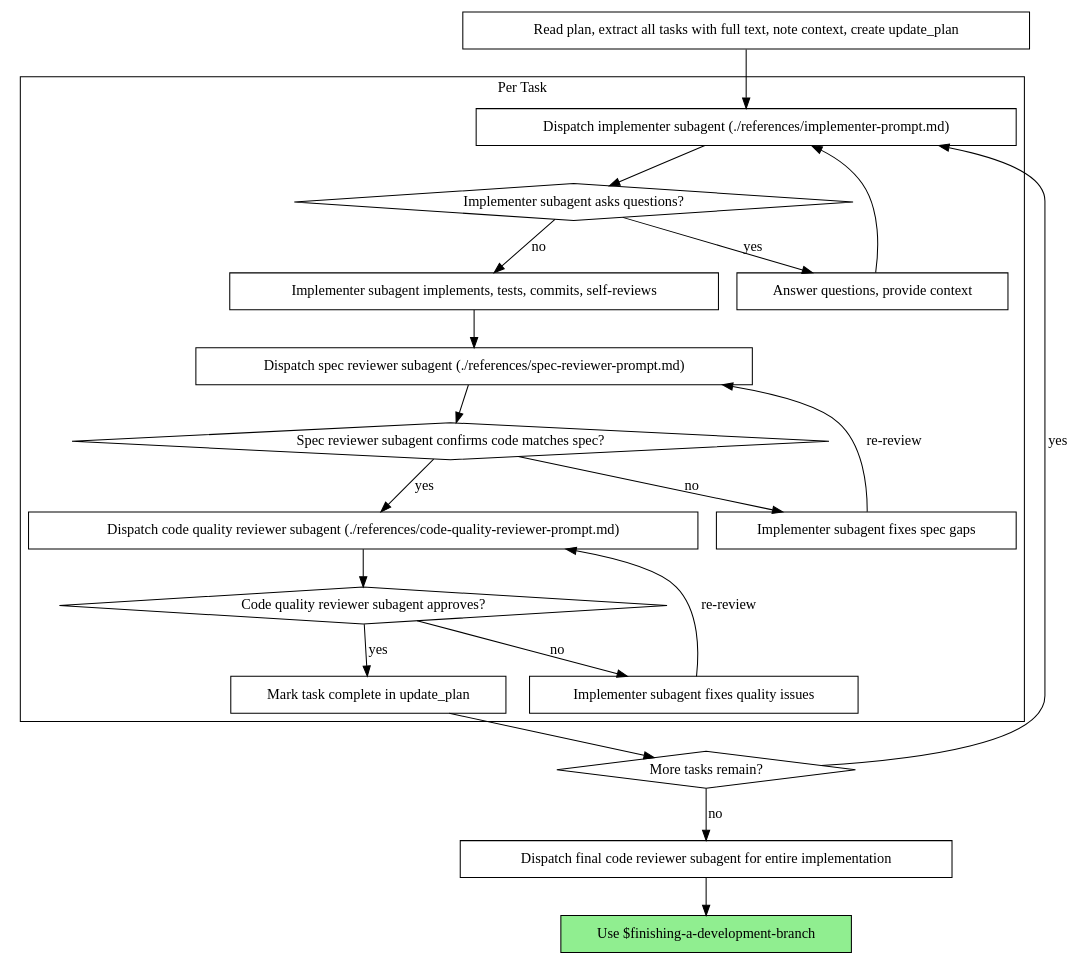
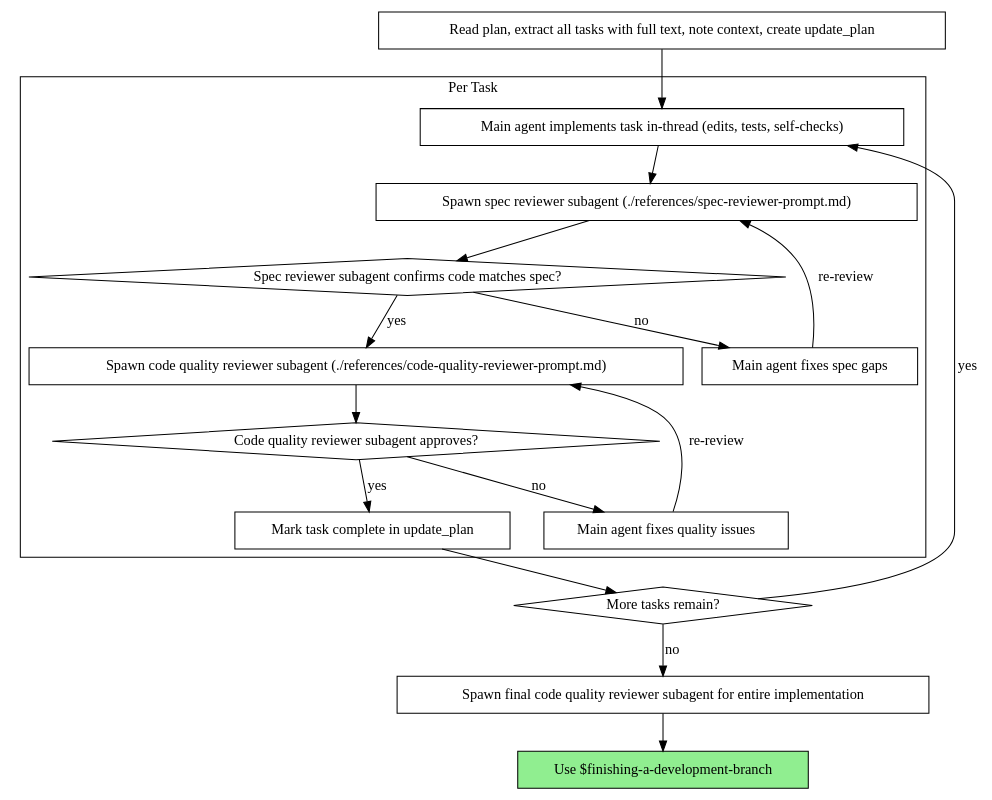
The second of 2 diagrams in skills/subagent-driven-development/SKILL.md (markelz0r/superpowers-codex), drawn with Graphviz before and after one commit. The commit also changed other lines of this file, not shown here.

Commit message:
Update SDD workflow to main-agent implementation

````diff
--- a/skills/subagent-driven-development/SKILL.md
+++ b/skills/subagent-driven-development/SKILL.md
@@ -42,44 +42,37 @@
 ```dot
 digraph process {
     rankdir=TB;
 
     subgraph cluster_per_task {
         label="Per Task";
-        "Dispatch implementer subagent (./references/implementer-prompt.md)" [shape=box];
-        "Implementer subagent asks questions?" [shape=diamond];
-        "Answer questions, provide context" [shape=box];
-        "Implementer subagent implements, tests, commits, self-reviews" [shape=box];
-        "Dispatch spec reviewer subagent (./references/spec-reviewer-prompt.md)" [shape=box];
+        "Main agent implements task in-thread (edits, tests, self-checks)" [shape=box];
+        "Spawn spec reviewer subagent (./references/spec-reviewer-prompt.md)" [shape=box];
         "Spec reviewer subagent confirms code matches spec?" [shape=diamond];
-        "Implementer subagent fixes spec gaps" [shape=box];
-        "Dispatch code quality reviewer subagent (./references/code-quality-reviewer-prompt.md)" [shape=box];
+        "Main agent fixes spec gaps" [shape=box];
+        "Spawn code quality reviewer subagent (./references/code-quality-reviewer-prompt.md)" [shape=box];
         "Code quality reviewer subagent approves?" [shape=diamond];
-        "Implementer subagent fixes quality issues" [shape=box];
+        "Main agent fixes quality issues" [shape=box];
         "Mark task complete in update_plan" [shape=box];
     }
 
     "Read plan, extract all tasks with full text, note context, create update_plan" [shape=box];
     "More tasks remain?" [shape=diamond];
-    "Dispatch final code reviewer subagent for entire implementation" [shape=box];
+    "Spawn final code quality reviewer subagent for entire implementation" [shape=box];
     "Use $finishing-a-development-branch" [shape=box style=filled fillcolor=lightgreen];
 
-    "Read plan, extract all tasks with full text, note context, create update_plan" -> "Dispatch implementer subagent (./references/implementer-prompt.md)";
-    "Dispatch implementer subagent (./references/implementer-prompt.md)" -> "Implementer subagent asks questions?";
-    "Implementer subagent asks questions?" -> "Answer questions, provide context" [label="yes"];
-    "Answer questions, provide context" -> "Dispatch implementer subagent (./references/implementer-prompt.md)";
-    "Implementer subagent asks questions?" -> "Implementer subagent implements, tests, commits, self-reviews" [label="no"];
-    "Implementer subagent implements, tests, commits, self-reviews" -> "Dispatch spec reviewer subagent (./references/spec-reviewer-prompt.md)";
-    "Dispatch spec reviewer subagent (./references/spec-reviewer-prompt.md)" -> "Spec reviewer subagent confirms code matches spec?";
-    "Spec reviewer subagent confirms code matches spec?" -> "Implementer subagent fixes spec gaps" [label="no"];
-    "Implementer subagent fixes spec gaps" -> "Dispatch spec reviewer subagent (./references/spec-reviewer-prompt.md)" [label="re-review"];
-    "Spec reviewer subagent confirms code matches spec?" -> "Dispatch code quality reviewer subagent (./references/code-quality-reviewer-prompt.md)" [label="yes"];
-    "Dispatch code quality reviewer subagent (./references/code-quality-reviewer-prompt.md)" -> "Code quality reviewer subagent approves?";
-    "Code quality reviewer subagent approves?" -> "Implementer subagent fixes quality issues" [label="no"];
-    "Implementer subagent fixes quality issues" -> "Dispatch code quality reviewer subagent (./references/code-quality-reviewer-prompt.md)" [label="re-review"];
+    "Read plan, extract all tasks with full text, note context, create update_plan" -> "Main agent implements task in-thread (edits, tests, self-checks)";
+    "Main agent implements task in-thread (edits, tests, self-checks)" -> "Spawn spec reviewer subagent (./references/spec-reviewer-prompt.md)";
+    "Spawn spec reviewer subagent (./references/spec-reviewer-prompt.md)" -> "Spec reviewer subagent confirms code matches spec?";
+    "Spec reviewer subagent confirms code matches spec?" -> "Main agent fixes spec gaps" [label="no"];
+    "Main agent fixes spec gaps" -> "Spawn spec reviewer subagent (./references/spec-reviewer-prompt.md)" [label="re-review"];
+    "Spec reviewer subagent confirms code matches spec?" -> "Spawn code quality reviewer subagent (./references/code-quality-reviewer-prompt.md)" [label="yes"];
+    "Spawn code quality reviewer subagent (./references/code-quality-reviewer-prompt.md)" -> "Code quality reviewer subagent approves?";
+    "Code quality reviewer subagent approves?" -> "Main agent fixes quality issues" [label="no"];
+    "Main agent fixes quality issues" -> "Spawn code quality reviewer subagent (./references/code-quality-reviewer-prompt.md)" [label="re-review"];
     "Code quality reviewer subagent approves?" -> "Mark task complete in update_plan" [label="yes"];
     "Mark task complete in update_plan" -> "More tasks remain?";
-    "More tasks remain?" -> "Dispatch implementer subagent (./references/implementer-prompt.md)" [label="yes"];
-    "More tasks remain?" -> "Dispatch final code reviewer subagent for entire implementation" [label="no"];
-    "Dispatch final code reviewer subagent for entire implementation" -> "Use $finishing-a-development-branch";
+    "More tasks remain?" -> "Main agent implements task in-thread (edits, tests, self-checks)" [label="yes"];
+    "More tasks remain?" -> "Spawn final code quality reviewer subagent for entire implementation" [label="no"];
+    "Spawn final code quality reviewer subagent for entire implementation" -> "Use $finishing-a-development-branch";
 }
 ```
````
